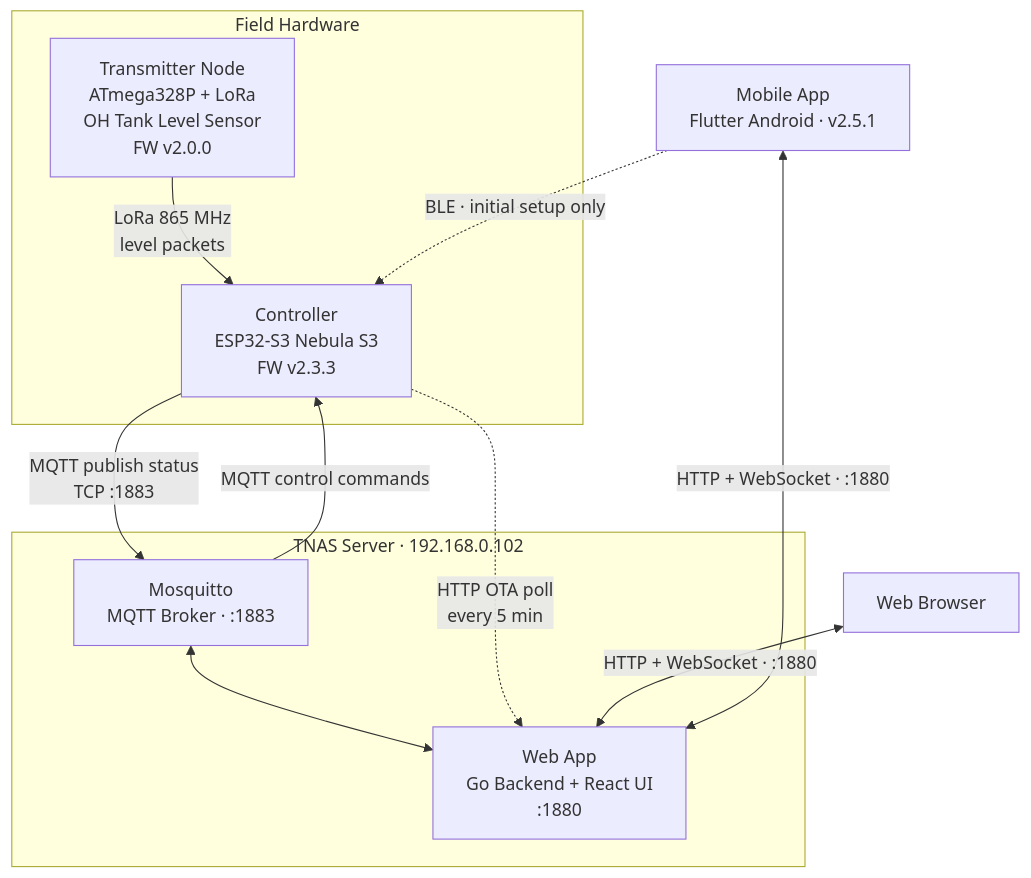
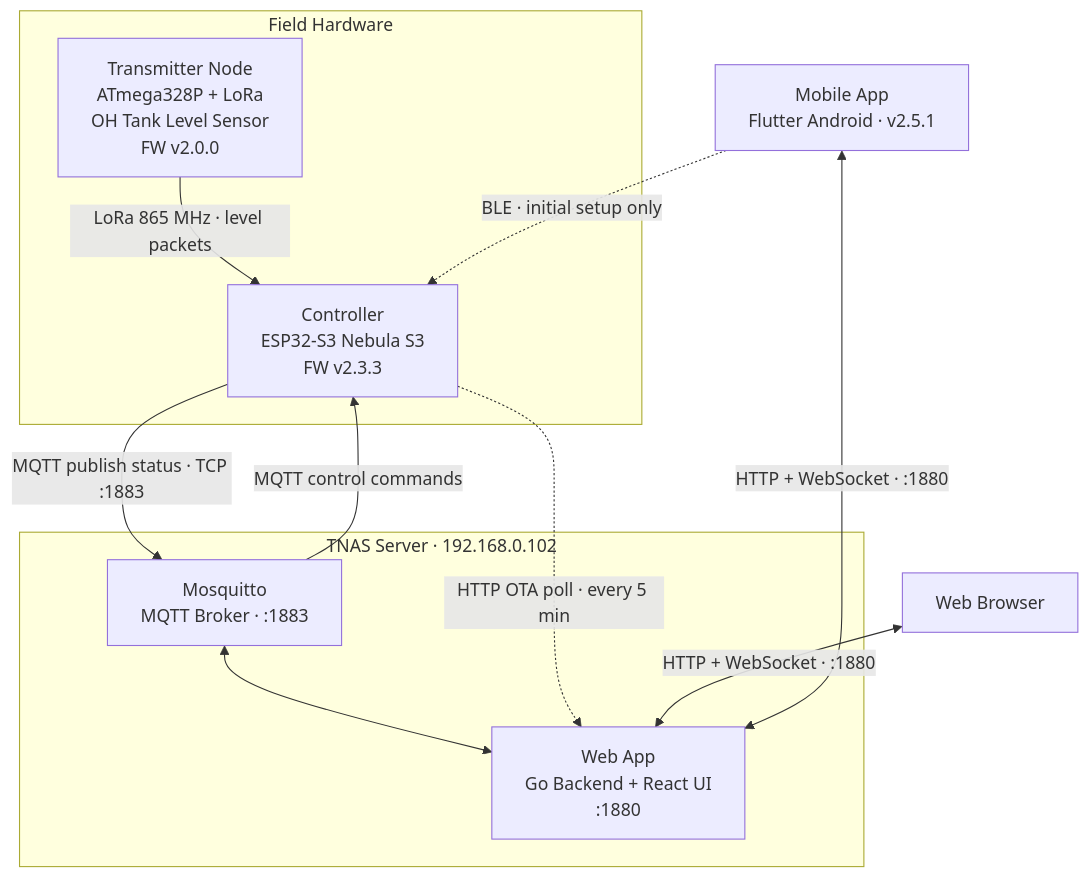
The first of 2 diagrams in README.md (nperiannan/TankMonitor), drawn with Mermaid before and after one commit. The commit also changed other lines of this file, not shown here.

Commit message:
docs: fix Mermaid lexical error - remove \n from edge labels

````diff
--- a/README.md
+++ b/README.md
@@ -9,25 +9,25 @@
 ```mermaid
 flowchart TD
     subgraph Field["Field Hardware"]
         TX["Transmitter Node\nATmega328P + LoRa\nOH Tank Level Sensor\nFW v2.0.0"]
         CTRL["Controller\nESP32-S3 Nebula S3\nFW v2.3.3"]
-        TX -- "LoRa 865 MHz\nlevel packets" --> CTRL
+        TX -- "LoRa 865 MHz · level packets" --> CTRL
     end
 
     subgraph Server["TNAS Server · 192.168.0.102"]
         MQ["Mosquitto\nMQTT Broker · :1883"]
         WEB["Web App\nGo Backend + React UI\n:1880"]
         MQ <--> WEB
     end
 
-    CTRL -- "MQTT publish status\nTCP :1883" --> MQ
+    CTRL -- "MQTT publish status · TCP :1883" --> MQ
     MQ -- "MQTT control commands" --> CTRL
-    CTRL -. "HTTP OTA poll\nevery 5 min" .-> WEB
+    CTRL -. "HTTP OTA poll · every 5 min" .-> WEB
 
     BROWSER["Web Browser"]
     APP["Mobile App\nFlutter Android · v2.5.1"]
 
     BROWSER <-- "HTTP + WebSocket · :1880" --> WEB
     APP <-- "HTTP + WebSocket · :1880" --> WEB
     APP -. "BLE · initial setup only" .-> CTRL
 ```
````
